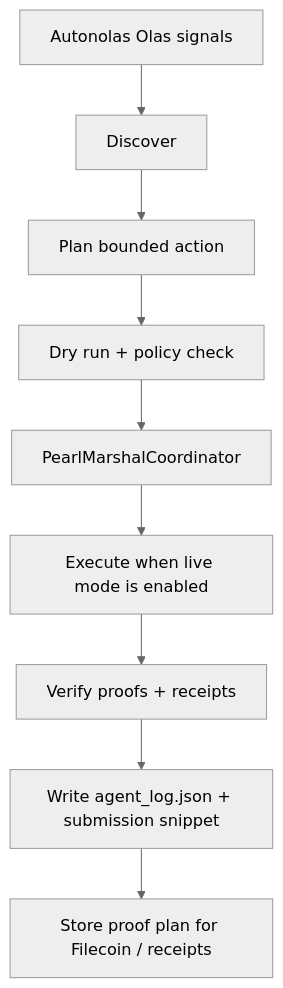
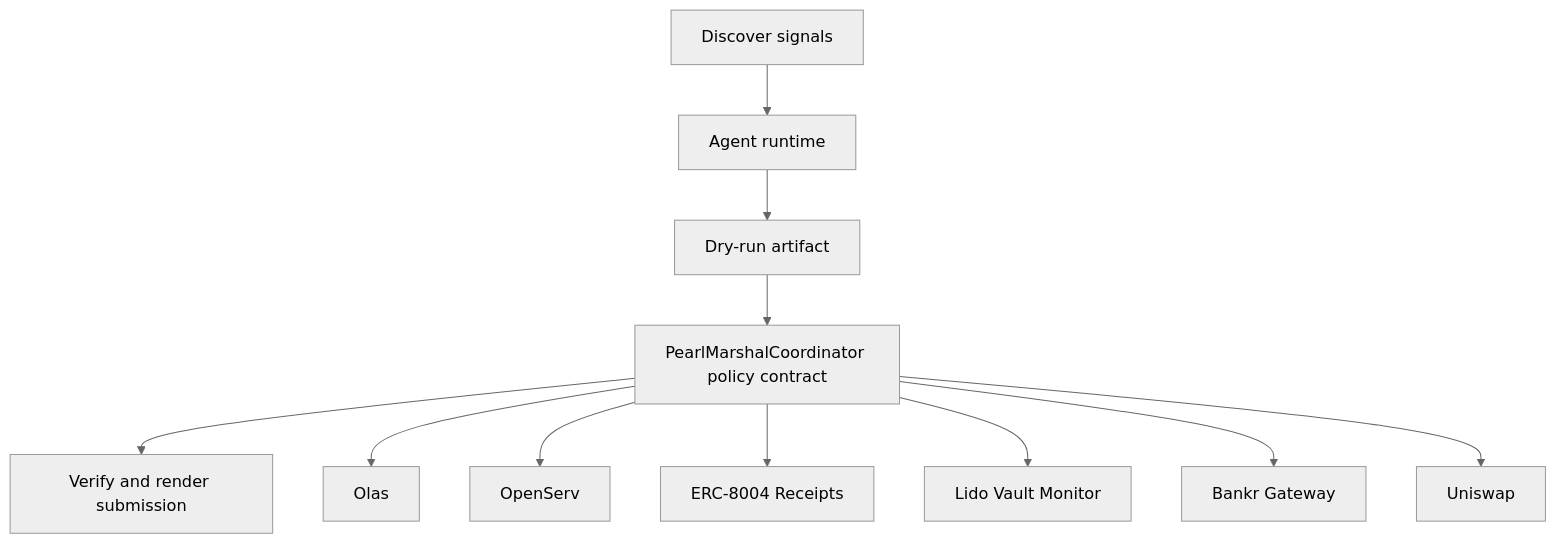
One commit to CrystallineButterfly/Synthesis-Olas changed the diagram in README.md. Above: the diagram before and after it, drawn with Mermaid (neutral theme). The commit also changed other lines of this file and 998 other files, not shown here.

Commit message:
Implement bounded agent runtime

````diff
--- a/README.md
+++ b/README.md
@@ -30,11 +26,15 @@
-        ```mermaid
-        flowchart TD
-    Signals[Autonolas Olas signals] --> Discover[Discover]
-    Discover --> Plan[Plan bounded action]
-    Plan --> DryRun[Dry run + policy check]
-    DryRun --> Guard[PearlMarshalCoordinator]
-    Guard --> Execute[Execute when live mode is enabled]
-    Execute --> Verify[Verify proofs + receipts]
-    Verify --> Persist[Write agent_log.json + submission snippet]
-    Persist --> Storage[Store proof plan for Filecoin / receipts]
-        ```
+```mermaid
+flowchart TD
+    Signals[Discover signals]
+    Planner[Agent runtime]
+    DryRun[Dry-run artifact]
+    Contract[PearlMarshalCoordinator policy contract]
+    Verify[Verify and render submission]
+    Signals --> Planner --> DryRun --> Contract --> Verify
+    Contract --> olas[Olas]
+    Contract --> openserv[OpenServ]
+    Contract --> erc_8004_receipts[ERC-8004 Receipts]
+    Contract --> lido_vault_monitor[Lido Vault Monitor]
+    Contract --> bankr_gateway[Bankr Gateway]
+    Contract --> uniswap[Uniswap]
+```
````
